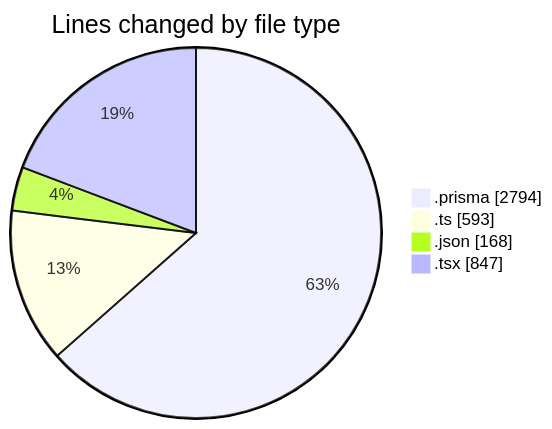
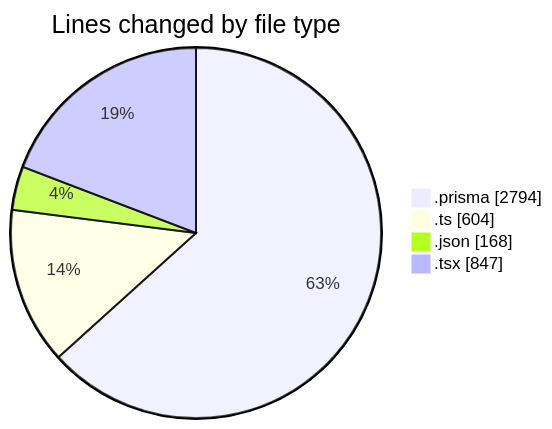
One commit to CELIANVF/code-tracking changed the first of 2 diagrams in 2025-05-01/ecodeli/README.md. Above: the diagram before and after it, drawn with Mermaid. The commit also changed other lines of this file and 1 other file, not shown here.

````diff
--- a/2025-05-01/ecodeli/README.md
+++ b/2025-05-01/ecodeli/README.md
@@ -27,8 +27,8 @@
 ```mermaid
 pie showData
 title Lines changed by file type
 ".prisma" : 2794
-".ts" : 593
+".ts" : 604
 ".json" : 168
 ".tsx" : 847
 ```
````
